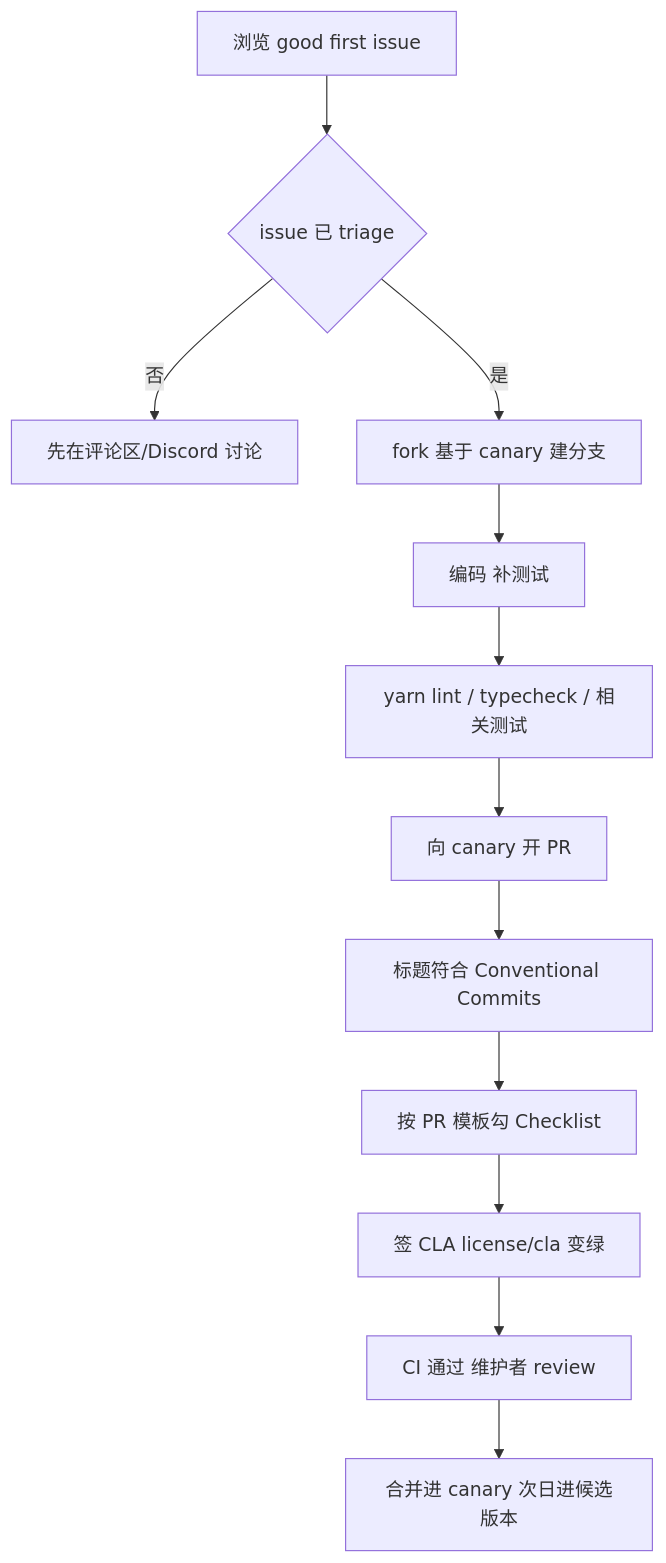
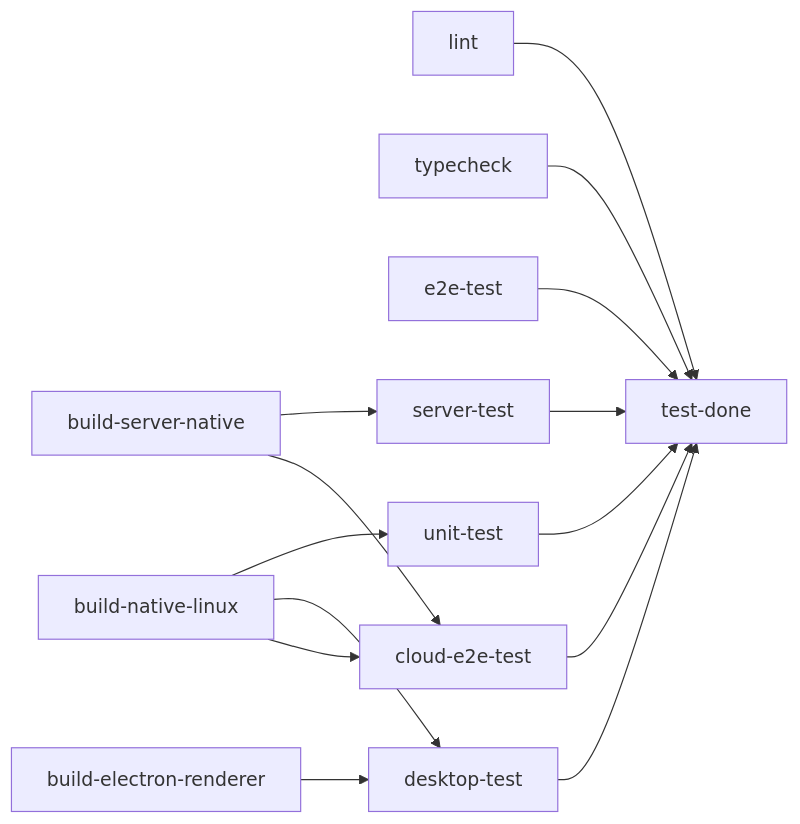
One commit to lfire/AFFiNE changed the third of 5 diagrams in learning-guide/slides/decks/30.md. Above: the diagram before and after it, drawn with Mermaid. The commit also changed other lines of this file and 73 other files, not shown here.

````diff
--- a/learning-guide/slides/decks/30.md
+++ b/learning-guide/slides/decks/30.md
@@ -74,14 +192,16 @@
 ```mermaid
-flowchart TB
-  A["浏览 good first issue"] --> B{"issue 已 triage"}
-  B -->|否| B1["先在评论区/Discord 讨论"]
-  B -->|是| D["fork 基于 canary 建分支"]
-  D --> E["编码 补测试"]
-  E --> F["yarn lint / typecheck / 相关测试"]
-  F --> G["向 canary 开 PR"]
-  G --> H["标题符合 Conventional Commits"]
-  H --> I["按 PR 模板勾 Checklist"]
-  I --> J["签 CLA license/cla 变绿"]
-  J --> K["CI 通过 维护者 review"]
-  K --> L["合并进 canary 次日进候选版本"]
+flowchart LR
+  lint["lint"] --> done["test-done"]
+  tc["typecheck"] --> done
+  e2e["e2e-test"] --> done
+  bnl["build-native-linux"] --> ut["unit-test"]
+  bsn["build-server-native"] --> st["server-test"]
+  ber["build-electron-renderer"] --> dt["desktop-test"]
+  bnl --> dt
+  bnl --> ce["cloud-e2e-test"]
+  bsn --> ce
+  ut --> done
+  st --> done
+  ce --> done
+  dt --> done
 ```
````
